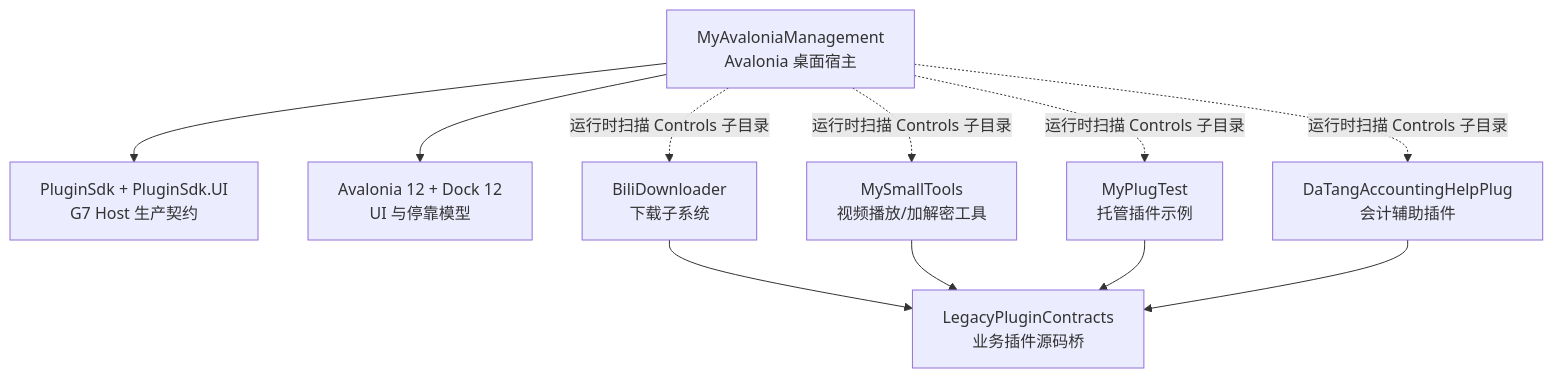
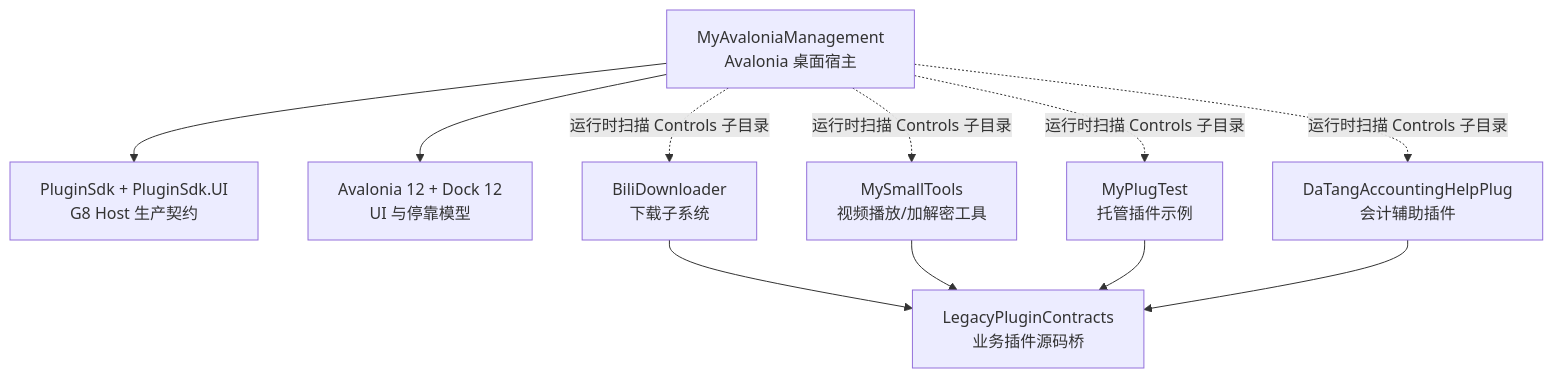
The first of 5 diagrams in docs/design/host-plugin-architecture-review.md (crownclowngx/avalonia_dock_simple_test), drawn with Mermaid before and after one commit. The commit also changed other lines of this file and 60 other files, not shown here.

````diff
--- a/docs/design/host-plugin-architecture-review.md
+++ b/docs/design/host-plugin-architecture-review.md
@@ -33,24 +32,24 @@
 ```mermaid
 flowchart TB
     Host["MyAvaloniaManagement<br/>Avalonia 桌面宿主"]
-    Sdk["PluginSdk + PluginSdk.UI<br/>G7 Host 生产契约"]
+    Sdk["PluginSdk + PluginSdk.UI<br/>G8 Host 生产契约"]
     Legacy["LegacyPluginContracts<br/>业务插件源码桥"]
     Dock["Avalonia 12 + Dock 12<br/>UI 与停靠模型"]
 
     Bili["BiliDownloader<br/>下载子系统"]
     Small["MySmallTools<br/>视频播放/加解密工具"]
     TestPlug["MyPlugTest<br/>托管插件示例"]
     DaTang["DaTangAccountingHelpPlug<br/>会计辅助插件"]
 
     Host --> Sdk
     Host --> Dock
     Bili --> Legacy
     Small --> Legacy
     TestPlug --> Legacy
     DaTang --> Legacy
 
     Host -. "运行时扫描 Controls 子目录" .-> Bili
     Host -. "运行时扫描 Controls 子目录" .-> Small
     Host -. "运行时扫描 Controls 子目录" .-> TestPlug
     Host -. "运行时扫描 Controls 子目录" .-> DaTang
 ```
````
